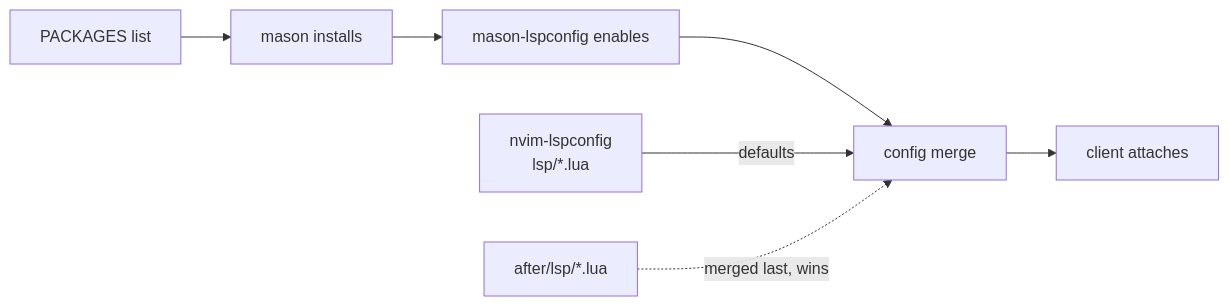
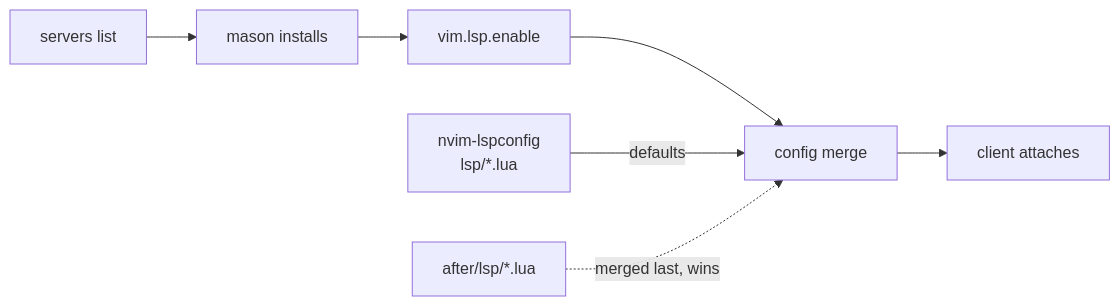
Before and after one commit to zttingbot/neovim-config: the second of 3 diagrams in docs/architecture.md, drawn with Mermaid. The commit also changed other lines of this file and 6 other files, not shown here.

Commit message:
perf(lsp): enable servers from a list instead of mason-lspconfig

````diff
--- a/docs/architecture.md
+++ b/docs/architecture.md
@@ -74,6 +74,6 @@
 ```mermaid
 flowchart LR
-  list[PACKAGES list] --> install[mason installs] --> enable[mason-lspconfig enables] --> merge[config merge] --> client[client attaches]
+  list[servers list] --> install[mason installs] --> enable[vim.lsp.enable] --> merge[config merge] --> client[client attaches]
   defaults["nvim-lspconfig<br/>lsp/*.lua"] -- defaults --> merge
   after["after/lsp/*.lua"] -. merged last, wins .-> merge
 ```
````
